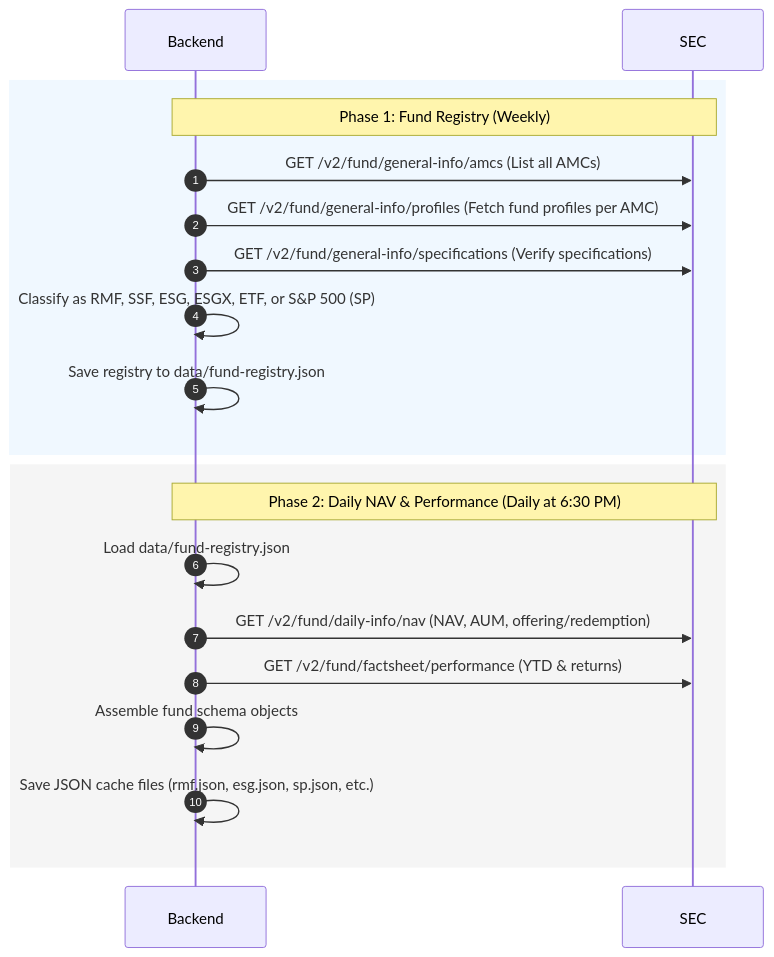
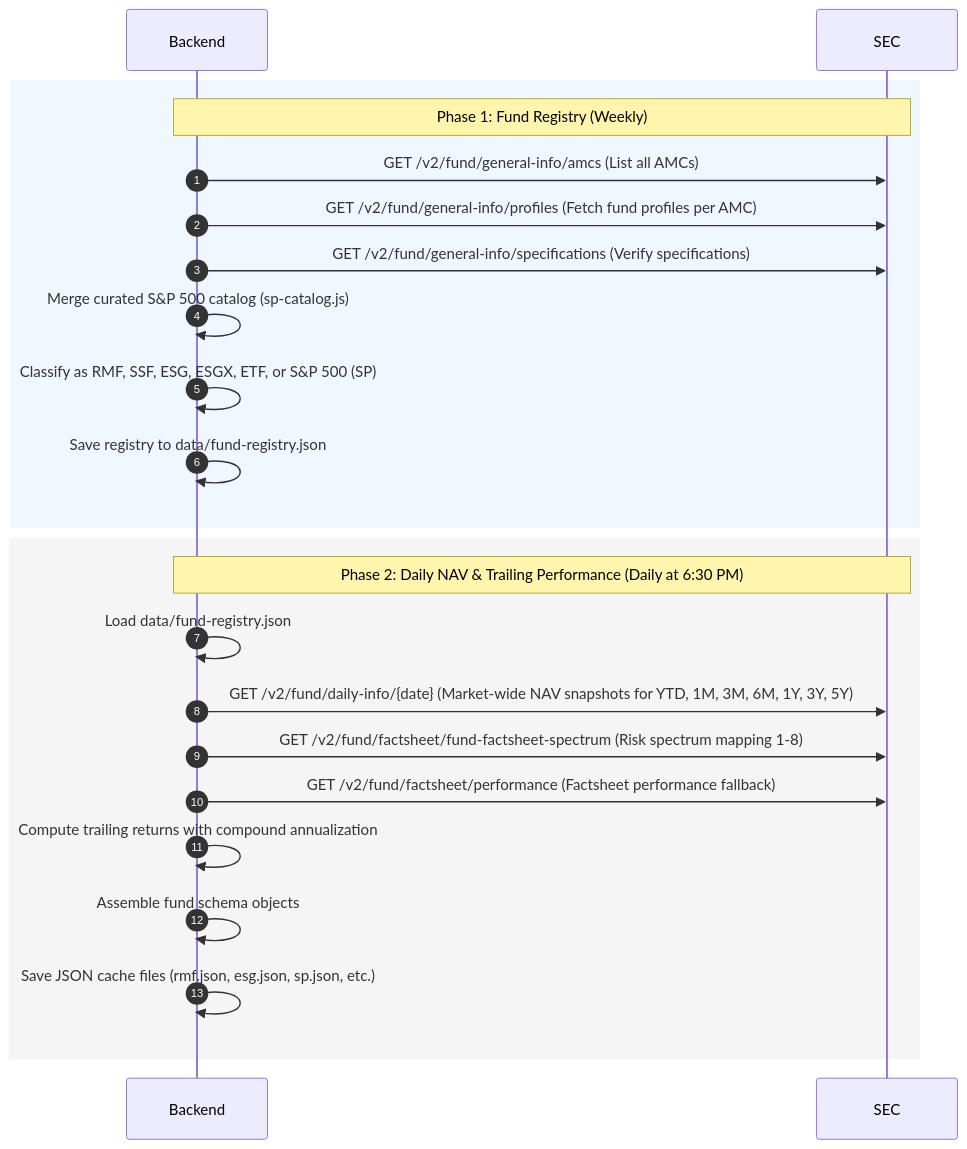
One commit to zr0aces/SarnFund changed the second of 2 diagrams in docs/architecture.md. Above: the diagram before and after it, drawn with Mermaid. The commit also changed other lines of this file and 9 other files, not shown here.

````diff
--- a/docs/architecture.md
+++ b/docs/architecture.md
@@ -27,21 +27,24 @@
 ```mermaid
 sequenceDiagram
     autonumber
     rect rgb(240, 248, 255)
     Note over Backend, SEC: Phase 1: Fund Registry (Weekly)
     Backend->>SEC: GET /v2/fund/general-info/amcs (List all AMCs)
     Backend->>SEC: GET /v2/fund/general-info/profiles (Fetch fund profiles per AMC)
     Backend->>SEC: GET /v2/fund/general-info/specifications (Verify specifications)
+    Backend->>Backend: Merge curated S&P 500 catalog (sp-catalog.js)
     Backend->>Backend: Classify as RMF, SSF, ESG, ESGX, ETF, or S&P 500 (SP)
     Backend->>Backend: Save registry to data/fund-registry.json
     end
     
     rect rgb(245, 245, 245)
-    Note over Backend, SEC: Phase 2: Daily NAV & Performance (Daily at 6:30 PM)
+    Note over Backend, SEC: Phase 2: Daily NAV & Trailing Performance (Daily at 6:30 PM)
     Backend->>Backend: Load data/fund-registry.json
-    Backend->>SEC: GET /v2/fund/daily-info/nav (NAV, AUM, offering/redemption)
-    Backend->>SEC: GET /v2/fund/factsheet/performance (YTD & returns)
+    Backend->>SEC: GET /v2/fund/daily-info/{date} (Market-wide NAV snapshots for YTD, 1M, 3M, 6M, 1Y, 3Y, 5Y)
+    Backend->>SEC: GET /v2/fund/factsheet/fund-factsheet-spectrum (Risk spectrum mapping 1-8)
+    Backend->>SEC: GET /v2/fund/factsheet/performance (Factsheet performance fallback)
+    Backend->>Backend: Compute trailing returns with compound annualization
     Backend->>Backend: Assemble fund schema objects
     Backend->>Backend: Save JSON cache files (rmf.json, esg.json, sp.json, etc.)
     end
 ```
````
